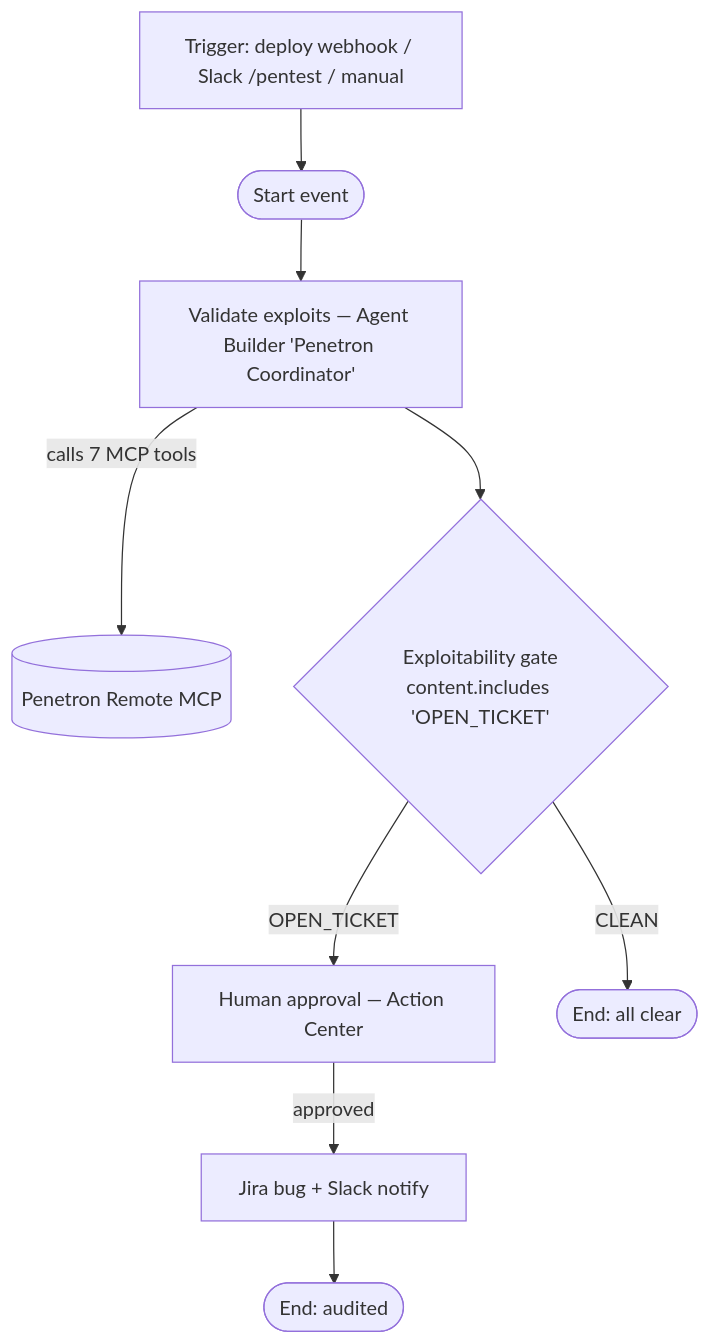
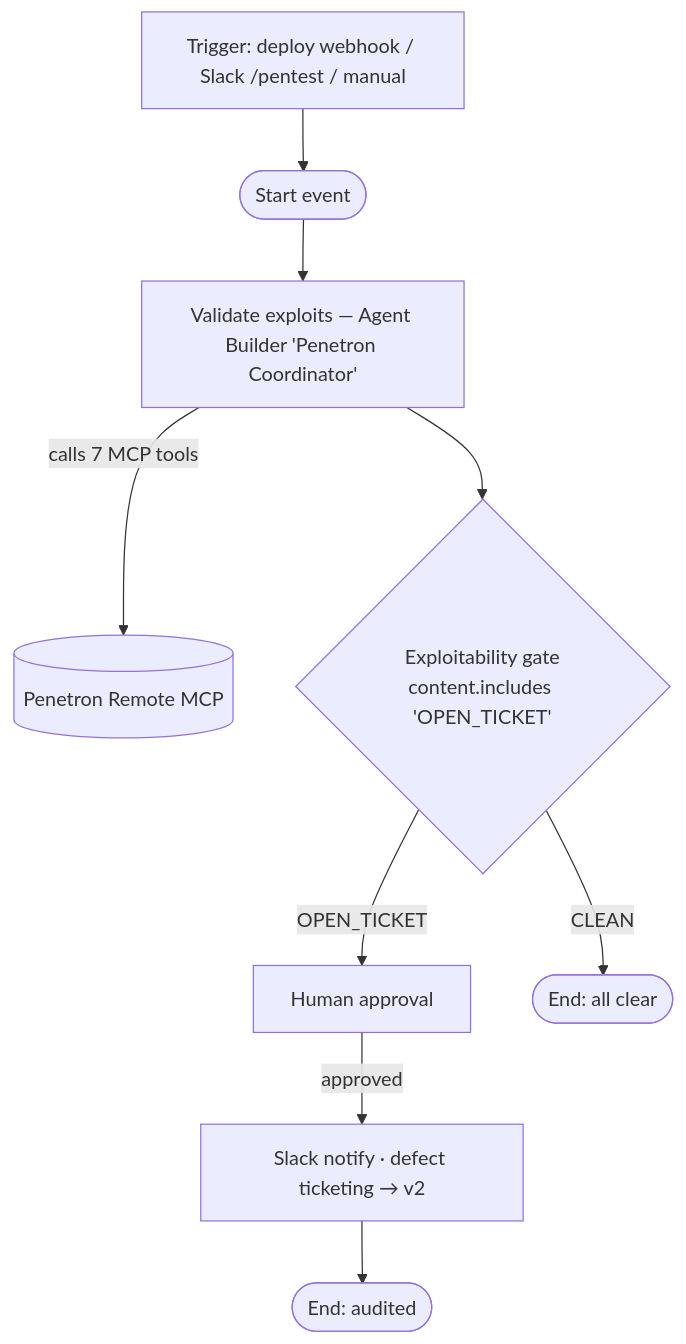
One commit to kryo-o/penetron changed the first of 2 diagrams in docs/architecture.md. Above: the diagram before and after it, drawn with Mermaid. The commit also changed other lines of this file and 10 other files, not shown here.

First line of the commit message:
docs: de-scope Jira to v2 roadmap (keep code as prototype)

````diff
--- a/docs/architecture.md
+++ b/docs/architecture.md
@@ -9,11 +9,11 @@
 ```mermaid
 flowchart TD
     T[Trigger: deploy webhook / Slack /pentest / manual] --> S([Start event])
     S --> L2[Validate exploits — Agent Builder 'Penetron Coordinator']
     L2 -->|calls 7 MCP tools| MCP[(Penetron Remote MCP)]
     L2 --> G{Exploitability gate\ncontent.includes 'OPEN_TICKET'}
-    G -->|OPEN_TICKET| A[Human approval — Action Center]
+    G -->|OPEN_TICKET| A[Human approval]
     G -->|CLEAN| E1([End: all clear])
-    A -->|approved| W[Jira bug + Slack notify]
+    A -->|approved| W[Slack notify · defect ticketing → v2]
     W --> E2([End: audited])
 ```
````
